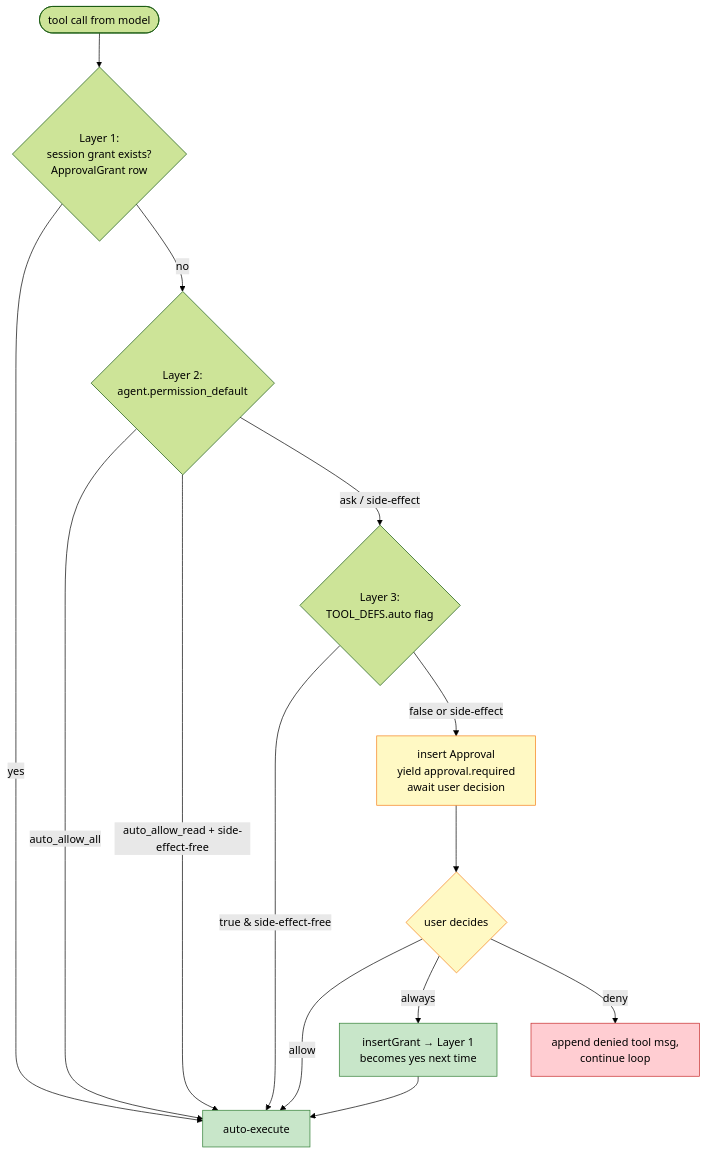
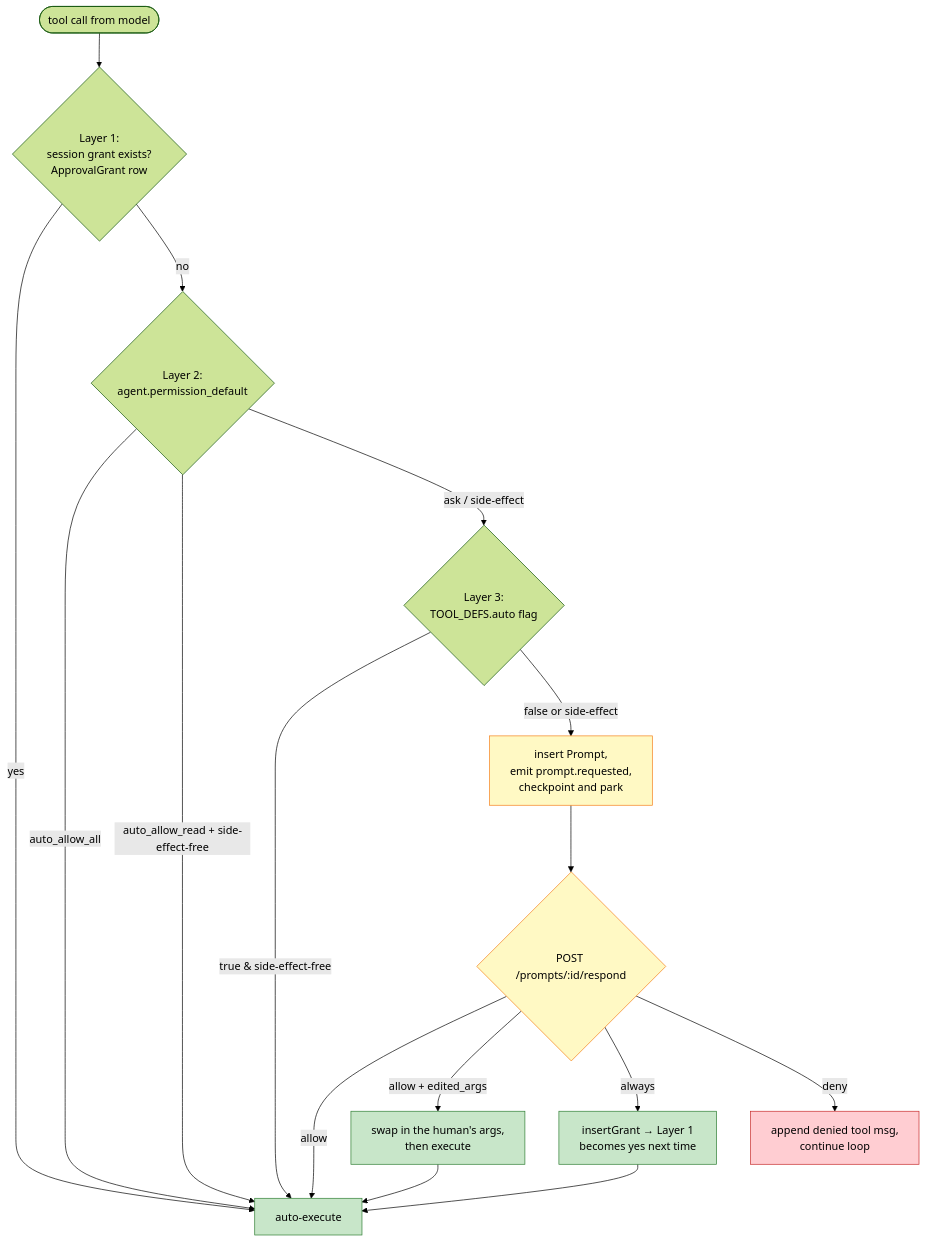
Before and after one commit to hasangilak/yap: the eighth of 9 diagrams in docs/architecture.md, drawn with Mermaid (forest theme). The commit also changed other lines of this file and 4 other files, not shown here.

````diff
--- a/docs/architecture.md
+++ b/docs/architecture.md
@@ -305,24 +306,26 @@
 ```mermaid
 flowchart TD
     CALL([tool call from model]) --> L1{Layer 1:<br/>session grant exists?<br/>ApprovalGrant row}
     L1 -->|yes| AUTO[auto-execute]
     L1 -->|no| L2{Layer 2:<br/>agent.permission_default}
     L2 -->|auto_allow_all| AUTO
     L2 -->|auto_allow_read + side-effect-free| AUTO
     L2 -->|ask / side-effect| L3
     L3{Layer 3:<br/>TOOL_DEFS.auto flag}
     L3 -->|true & side-effect-free| AUTO
-    L3 -->|false or side-effect| ASK[insert Approval<br/>yield approval.required<br/>await user decision]
-    ASK --> DEC{user decides}
+    L3 -->|false or side-effect| ASK[insert Prompt,<br/>emit prompt.requested,<br/>checkpoint and park]
+    ASK --> DEC{POST /prompts/:id/respond}
     DEC -->|allow| AUTO
+    DEC -->|allow + edited_args| EDIT[swap in the human's args,<br/>then execute]
+    EDIT --> AUTO
     DEC -->|always| GRANT[insertGrant → Layer 1<br/>becomes yes next time]
     GRANT --> AUTO
     DEC -->|deny| DENY[append denied tool msg,<br/>continue loop]
 
     classDef ok fill:#c8e6c9,stroke:#2e7d32
     classDef ask fill:#fff9c4,stroke:#f57f17
     classDef deny fill:#ffcdd2,stroke:#c62828
-    class AUTO,GRANT ok
+    class AUTO,GRANT,EDIT ok
     class ASK,DEC ask
     class DENY deny
 ```
````
